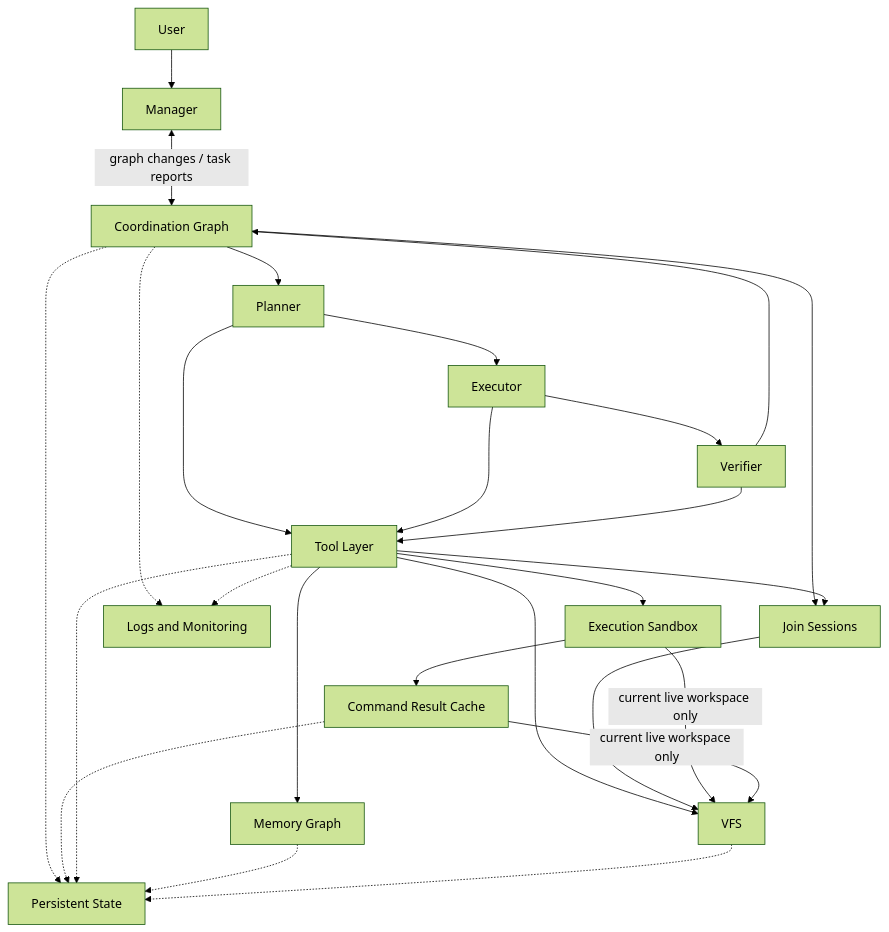
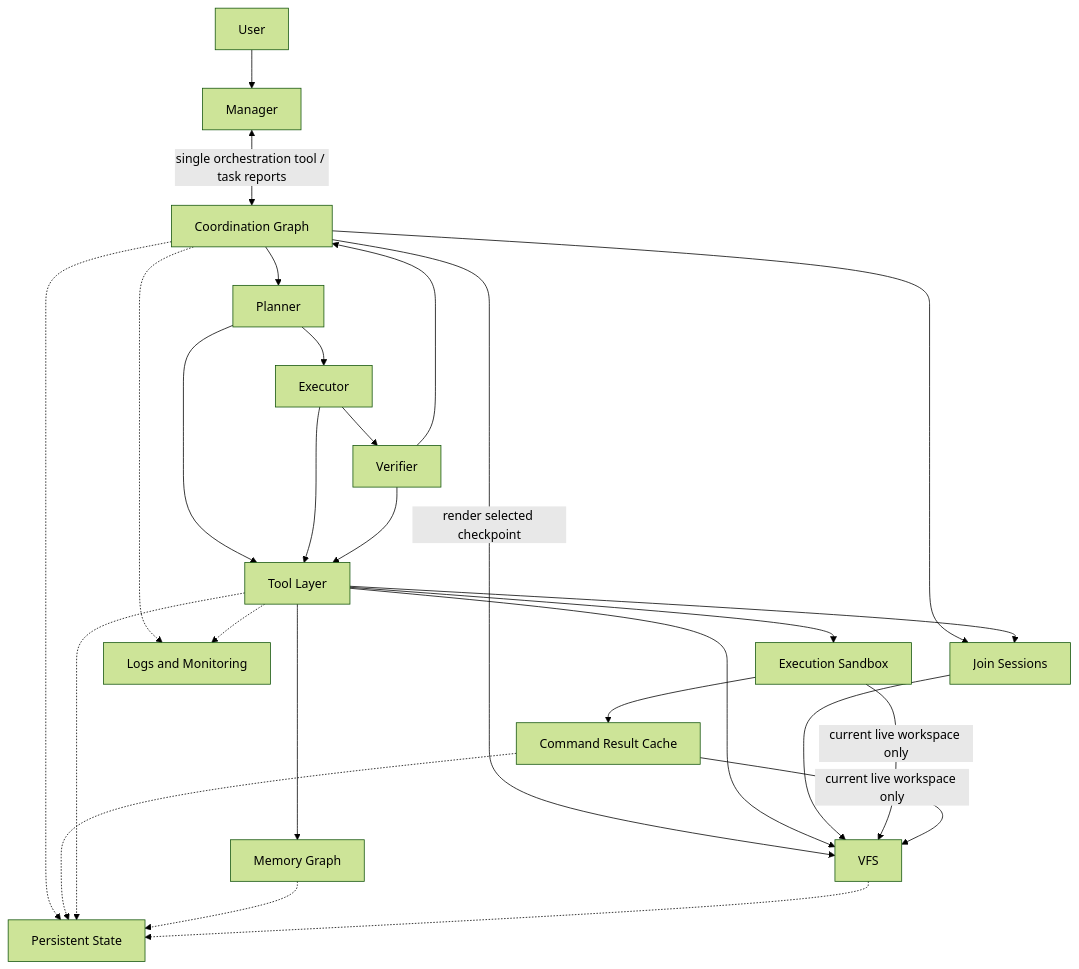
The diagram in docs/architecture-governance.md (KDZZZZZZ/threadmill), drawn with Mermaid (forest theme) before and after one commit. The commit also changed other lines of this file and 5 other files, not shown here.

````diff
--- a/docs/architecture-governance.md
+++ b/docs/architecture-governance.md
@@ -5,32 +5,33 @@
 ```mermaid
 flowchart TD
     U[User] --> M[Manager]
-    M <-->|graph changes / task reports| G[Coordination Graph]
+    M <-->|single orchestration tool / task reports| G[Coordination Graph]
 
     G --> P[Planner]
     P --> E[Executor]
     E --> V[Verifier]
     V --> G
     G --> J[Join Sessions]
+    G -->|render selected checkpoint| VFS[VFS]
 
     P --> T[Tool Layer]
     E --> T
     V --> T
     T --> J
     T --> MEM[Memory Graph]
-    T --> VFS[VFS]
+    T --> VFS
     J --> VFS
     T --> EXEC[Execution Sandbox]
     EXEC -->|current live workspace only| VFS
     EXEC --> CACHE[Command Result Cache]
     CACHE -->|current live workspace only| VFS
 
     G -.-> STATE[Persistent State]
     CACHE -.-> STATE
     T -.-> STATE
     MEM -.-> STATE
     VFS -.-> STATE
 
     G -.-> OBS[Logs and Monitoring]
     T -.-> OBS
 ```
````
